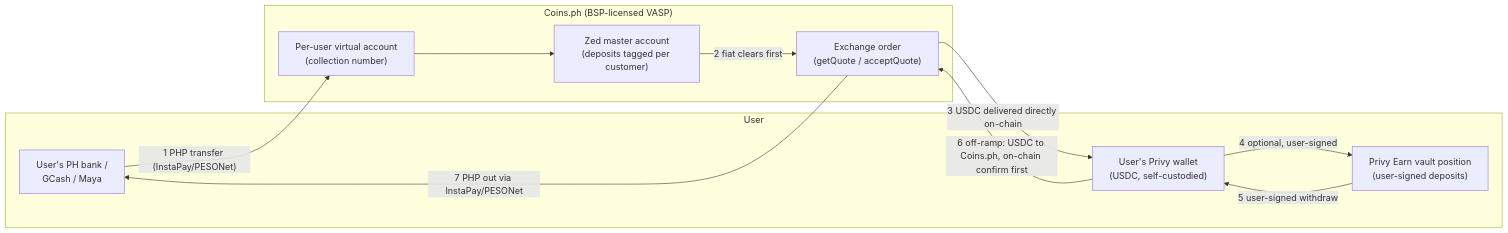
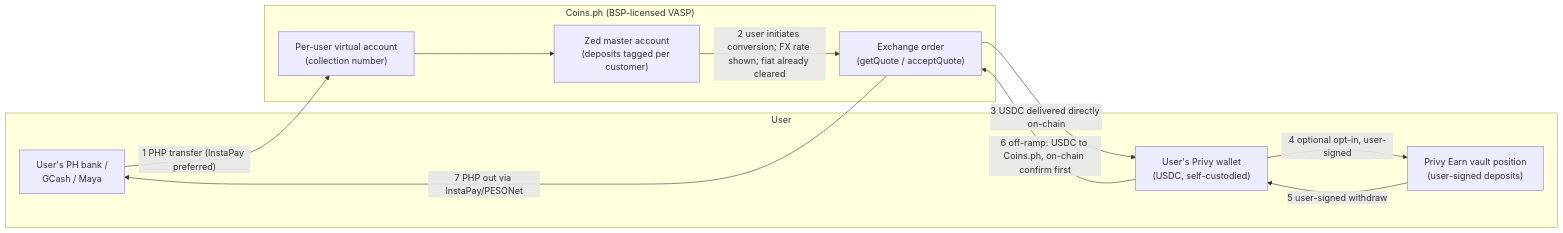
The diagram in tracks/c-usdc-vasp-privy/prd.md (STAbraham/stablecoin-project), drawn with Mermaid before and after one commit. The commit also changed other lines of this file and 4 other files, not shown here.

````diff
--- a/tracks/c-usdc-vasp-privy/prd.md
+++ b/tracks/c-usdc-vasp-privy/prd.md
@@ -21,20 +26,20 @@
 ```mermaid
 flowchart LR
   subgraph User
     U["User's PH bank /<br/>GCash / Maya"]
     W["User's Privy wallet<br/>(USDC, self-custodied)"]
     V["Privy Earn vault position<br/>(user-signed deposits)"]
   end
   subgraph CoinsPH["Coins.ph (BSP-licensed VASP)"]
     VA["Per-user virtual account<br/>(collection number)"]
     MA["Zed master account<br/>(deposits tagged per customer)"]
     X["Exchange order<br/>(getQuote / acceptQuote)"]
   end
-  U -->|"1 PHP transfer (InstaPay/PESONet)"| VA --> MA
-  MA -->|"2 fiat clears first"| X
+  U -->|"1 PHP transfer (InstaPay preferred)"| VA --> MA
+  MA -->|"2 user initiates conversion; FX rate shown; fiat already cleared"| X
   X -->|"3 USDC delivered directly on-chain"| W
-  W -->|"4 optional, user-signed"| V
+  W -->|"4 optional opt-in, user-signed"| V
   V -->|"5 user-signed withdraw"| W
   W -->|"6 off-ramp: USDC to Coins.ph, on-chain confirm first"| X
   X -->|"7 PHP out via InstaPay/PESONet"| U
 ```
````
